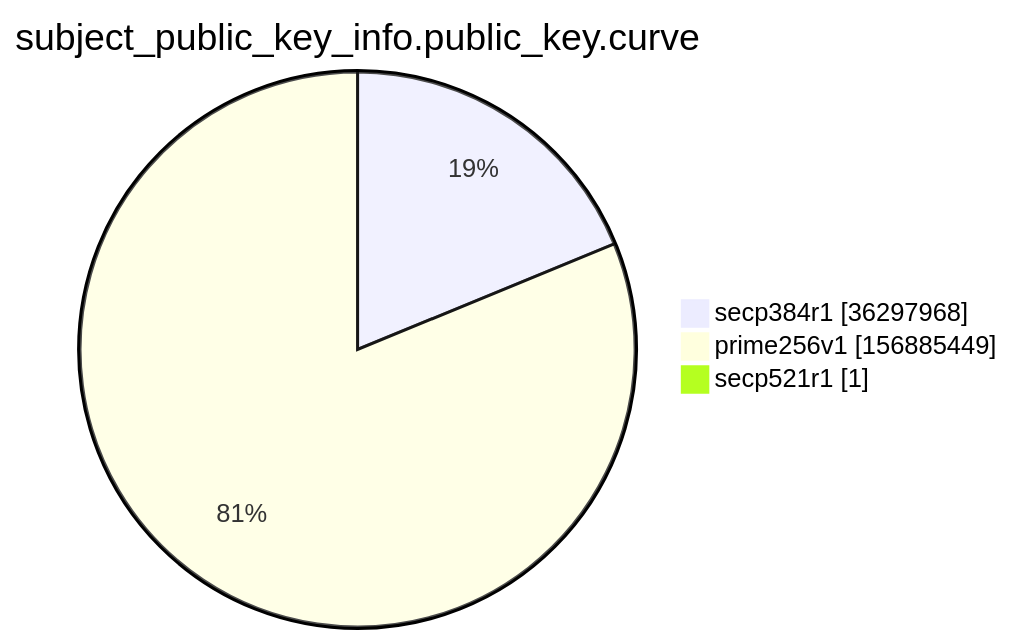
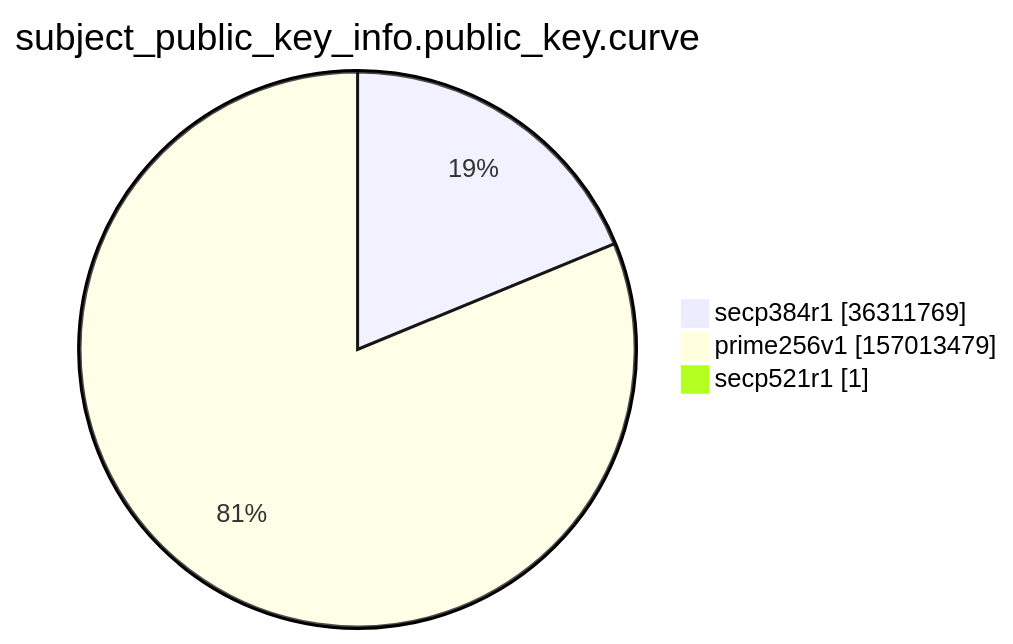
Before and after one commit to christiankrug/ctmonitor_visualization: the ninth of 15 diagrams in argon2022/README.md, drawn with Mermaid. The commit also changed other lines of this file, not shown here.

````diff
--- a/argon2022/README.md
+++ b/argon2022/README.md
@@ -2766,7 +2766,7 @@
 ```mermaid
 pie showData
 title subject_public_key_info.public_key.curve
-"secp384r1" :36297968
-"prime256v1" :156885449
+"secp384r1" :36311769
+"prime256v1" :157013479
 "secp521r1" :1
 ```
````
